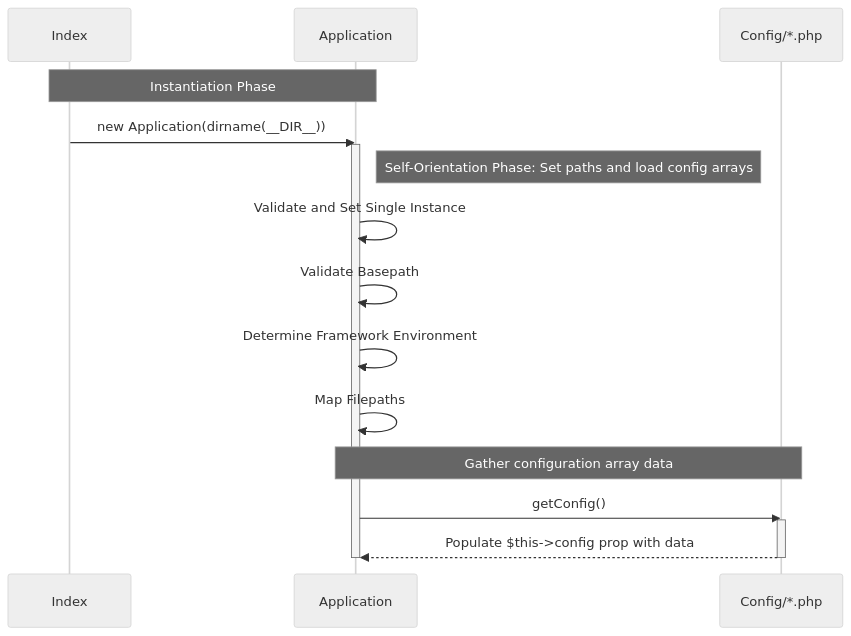
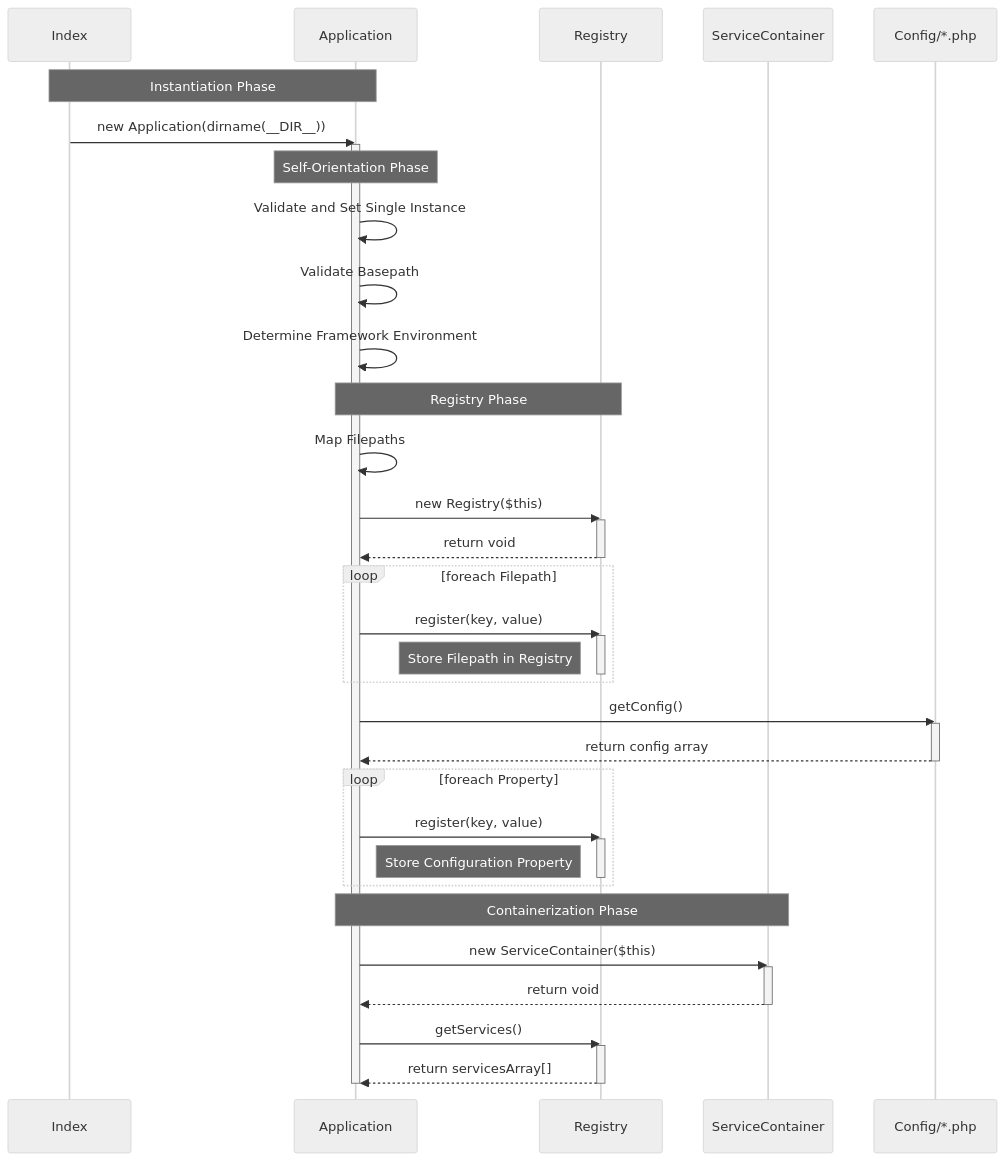
Before and after one commit to mnaatjes/sandbox-php: the fifth of 5 diagrams in docs/features/feature-application.md, drawn with Mermaid (neutral theme). The commit also changed other lines of this file, not shown here.

````diff
--- a/docs/features/feature-application.md
+++ b/docs/features/feature-application.md
@@ -565,31 +403,68 @@
 ```mermaid
 sequenceDiagram
     
     participant Index
     participant App as Application
+    participant Reg as Registry
+    participant Container as ServiceContainer
     participant Config as Config/*.php
+    
 
     %% --- Phase 1: Instantiation ---
     Note over Index, App: Instantiation Phase
     Index->>App: new Application(dirname(__DIR__))
 
     activate App
     
-    %% --- Phase 1: Self-Orientation ---
-    Note right of App: Self-Orientation Phase: Set paths and load config arrays
+    %% --- Phase 1: Self-Orientation Phase ---
+    Note over App:Self-Orientation Phase
     App->>App: Validate and Set Single Instance
     App->>App: Validate Basepath
     App->>App: Determine Framework Environment
+
+    %% --- Phase 2: Registry Phase ---
+    Note over App, Reg: Registry Phase
     App->>App: Map Filepaths
+    App->>Reg: new Registry($this)
+    activate Reg
+    Reg-->>App: return void
 
-    %% --- Phase 2: Self-Orientation ---
-    Note over App, Config: Gather configuration array data
+    %% Filepath Registry Loop
+    deactivate Reg
+
+    loop foreach Filepath 
+      App->>Reg: register(key, value)
+      activate Reg
+      Note left of Reg: Store Filepath in Registry
+      deactivate Reg
+    end
+
+    %% Get Filepaths and Store
     App->>Config: getConfig()
     activate Config
-    Config-->>App: Populate $this->config prop with data
+    Config-->>App: return config array
     deactivate Config
+    
+    %% Get Configuration Properties and Store
+    loop foreach  Property 
+      App->>Reg: register(key, value)
+      activate Reg
+      Note left of Reg: Store Configuration Property
+      deactivate Reg
+    end
+
+    %% Phase 3: Container Phase
+    Note over App, Container: Containerization Phase
+    App->>Container: new ServiceContainer($this)
+    activate Container
+    Container-->>App: return void
+    deactivate Container
+    App->>Reg:getServices()
+    activate Reg
+    Reg-->>App:return servicesArray[]
+    deactivate Reg
+    
+    
     deactivate App
 
-    
-
 ```
````
